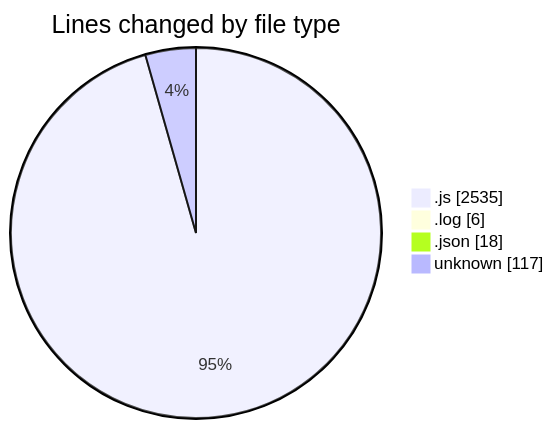
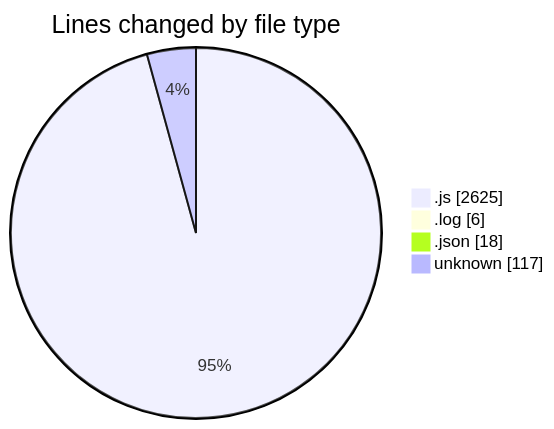
Before and after one commit to BS-eng2023/code-tracking: the first of 2 diagrams in 2025-03-31/jsvms/README.md, drawn with Mermaid. The commit also changed other lines of this file and 1 other file, not shown here.

````diff
--- a/2025-03-31/jsvms/README.md
+++ b/2025-03-31/jsvms/README.md
@@ -47,8 +49,8 @@
 ```mermaid
 pie showData
 title Lines changed by file type
-".js" : 2535
+".js" : 2625
 ".log" : 6
 ".json" : 18
 "unknown" : 117
 ```
````
